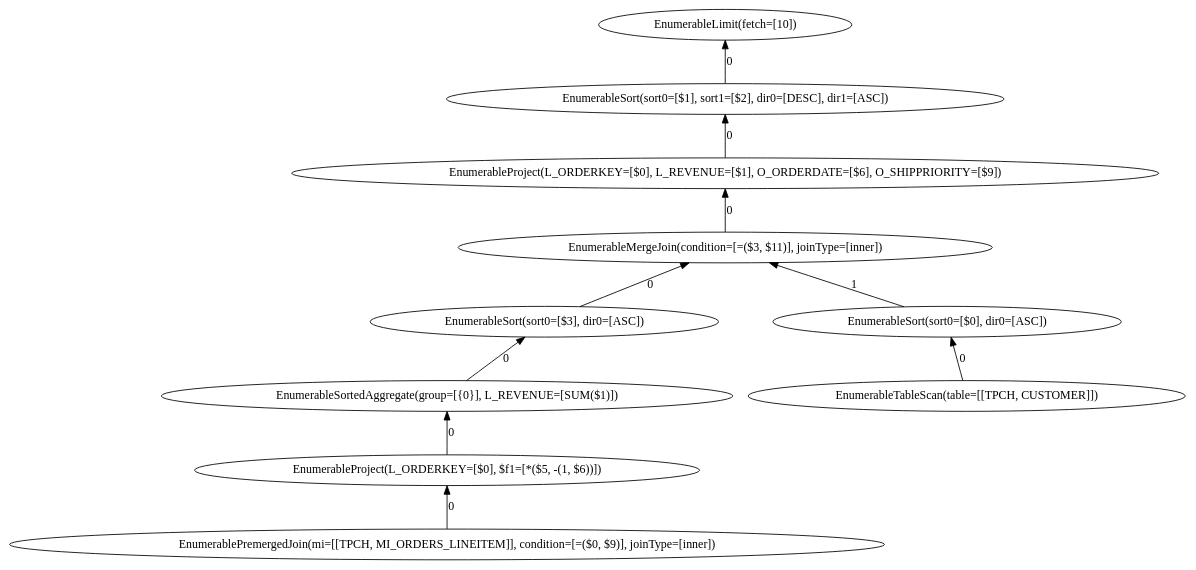
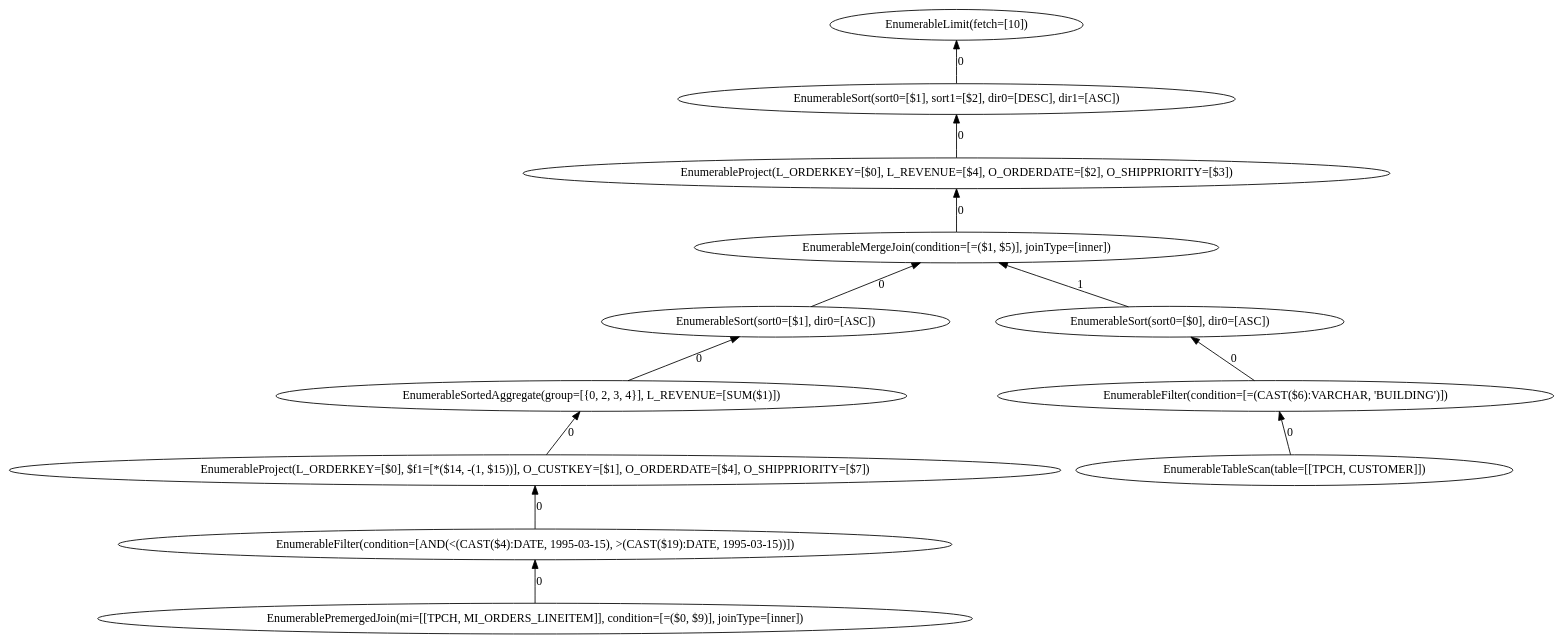
One commit to alicia-lyu/leanstore changed the diagram in frontend/tpch/q3/plans/structure_3_draft.dot. Above: the diagram before and after it, drawn with Graphviz. The commit also changed 4 other files, not shown here.

```diff
--- a/frontend/tpch/q3/plans/structure_3_draft.dot
+++ b/frontend/tpch/q3/plans/structure_3_draft.dot
@@ -1,22 +1,26 @@
 digraph {
   rankdir=BT;
   n0 [label="EnumerableLimit(fetch=[10])"];
   n1 [label="EnumerableSort(sort0=[$1], sort1=[$2], dir0=[DESC], dir1=[ASC])"];
-  n2 [label="EnumerableProject(L_ORDERKEY=[$0], L_REVENUE=[$1], O_ORDERDATE=[$6], O_SHIPPRIORITY=[$9])"];
-  n3 [label="EnumerableMergeJoin(condition=[=($3, $11)], joinType=[inner])"];
-  n4 [label="EnumerableSort(sort0=[$3], dir0=[ASC])"];
-  n5 [label="EnumerableSortedAggregate(group=[{0}], L_REVENUE=[SUM($1)])"];
-  n6 [label="EnumerableProject(L_ORDERKEY=[$0], $f1=[*($5, -(1, $6))])"];
-  n7 [label="EnumerablePremergedJoin(mi=[[TPCH, MI_ORDERS_LINEITEM]], condition=[=($0, $9)], joinType=[inner])"];
+  n2 [label="EnumerableProject(L_ORDERKEY=[$0], L_REVENUE=[$4], O_ORDERDATE=[$2], O_SHIPPRIORITY=[$3])"];
+  n3 [label="EnumerableMergeJoin(condition=[=($1, $5)], joinType=[inner])"];
+  n4 [label="EnumerableSort(sort0=[$1], dir0=[ASC])"];
+  n5 [label="EnumerableSortedAggregate(group=[{0, 2, 3, 4}], L_REVENUE=[SUM($1)])"];
+  n6 [label="EnumerableProject(L_ORDERKEY=[$0], $f1=[*($14, -(1, $15))], O_CUSTKEY=[$1], O_ORDERDATE=[$4], O_SHIPPRIORITY=[$7])"];
+  n7 [label="EnumerableFilter(condition=[AND(<(CAST($4):DATE, 1995-03-15), >(CAST($19):DATE, 1995-03-15))])"];
+  n8 [label="EnumerablePremergedJoin(mi=[[TPCH, MI_ORDERS_LINEITEM]], condition=[=($0, $9)], joinType=[inner])"];
+  n8 -> n7 [label="0"];
   n7 -> n6 [label="0"];
   n6 -> n5 [label="0"];
   n5 -> n4 [label="0"];
   n4 -> n3 [label="0"];
-  n8 [label="EnumerableSort(sort0=[$0], dir0=[ASC])"];
-  n9 [label="EnumerableTableScan(table=[[TPCH, CUSTOMER]])"];
-  n9 -> n8 [label="0"];
-  n8 -> n3 [label="1"];
+  n9 [label="EnumerableSort(sort0=[$0], dir0=[ASC])"];
+  n10 [label="EnumerableFilter(condition=[=(CAST($6):VARCHAR, 'BUILDING')])"];
+  n11 [label="EnumerableTableScan(table=[[TPCH, CUSTOMER]])"];
+  n11 -> n10 [label="0"];
+  n10 -> n9 [label="0"];
+  n9 -> n3 [label="1"];
   n3 -> n2 [label="0"];
   n2 -> n1 [label="0"];
   n1 -> n0 [label="0"];
 }
```
